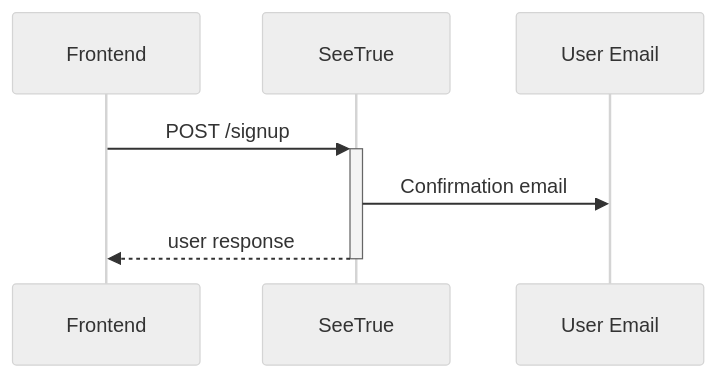
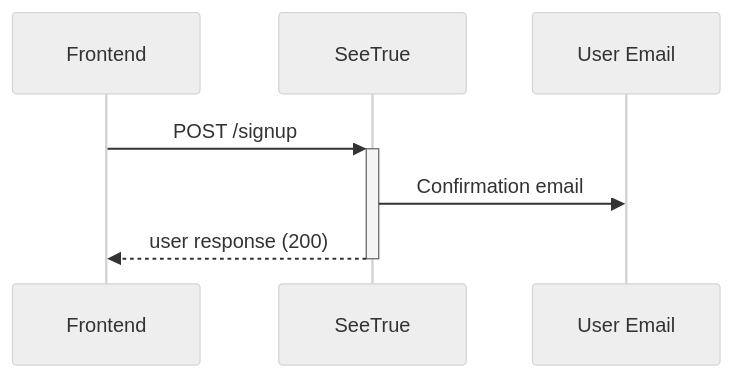
One commit to TheOnlyBeardedBeast/SeeTrue changed the third of 10 diagrams in SeeTrue.API/docs/readme.template.md. Above: the diagram before and after it, drawn with Mermaid (neutral theme). The commit also changed other lines of this file and 11 other files, not shown here.

````diff
--- a/SeeTrue.API/docs/readme.template.md
+++ b/SeeTrue.API/docs/readme.template.md
@@ -64,6 +64,6 @@
 ```mermaid
 sequenceDiagram
     Frontend->>+SeeTrue: POST /signup
     SeeTrue->>User Email: Confirmation email
-    SeeTrue-->>-Frontend: user response
+    SeeTrue-->>-Frontend: user response (200)
 ```
````
